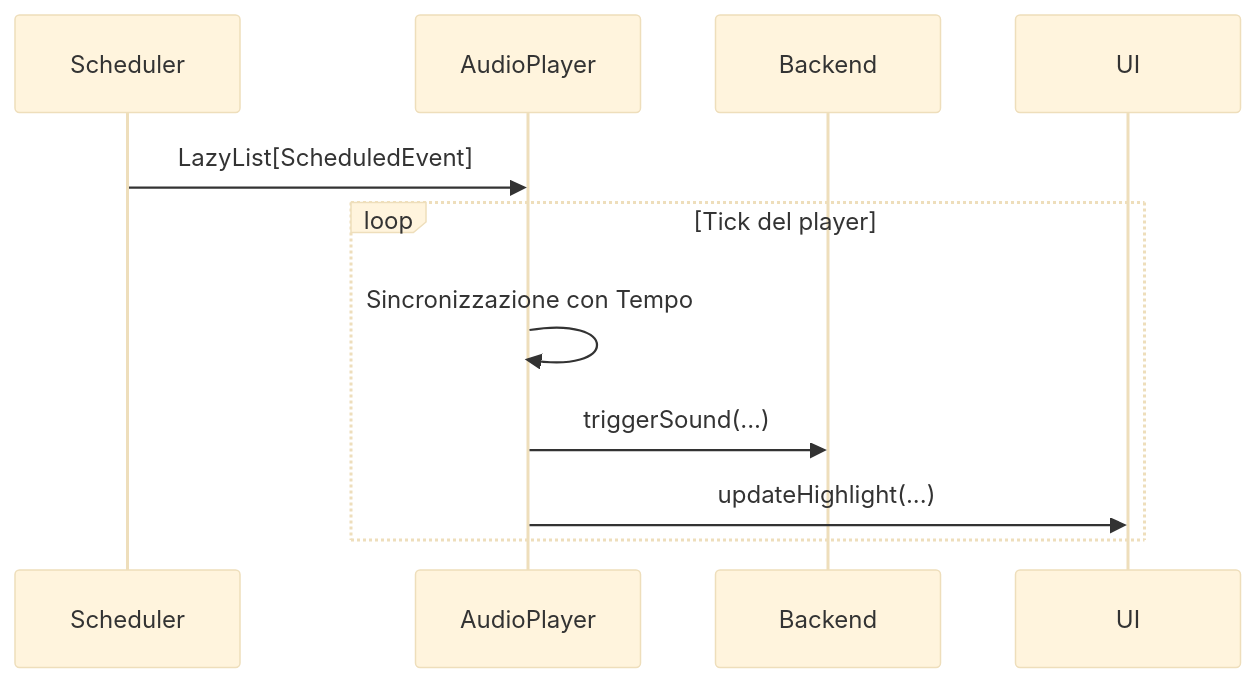
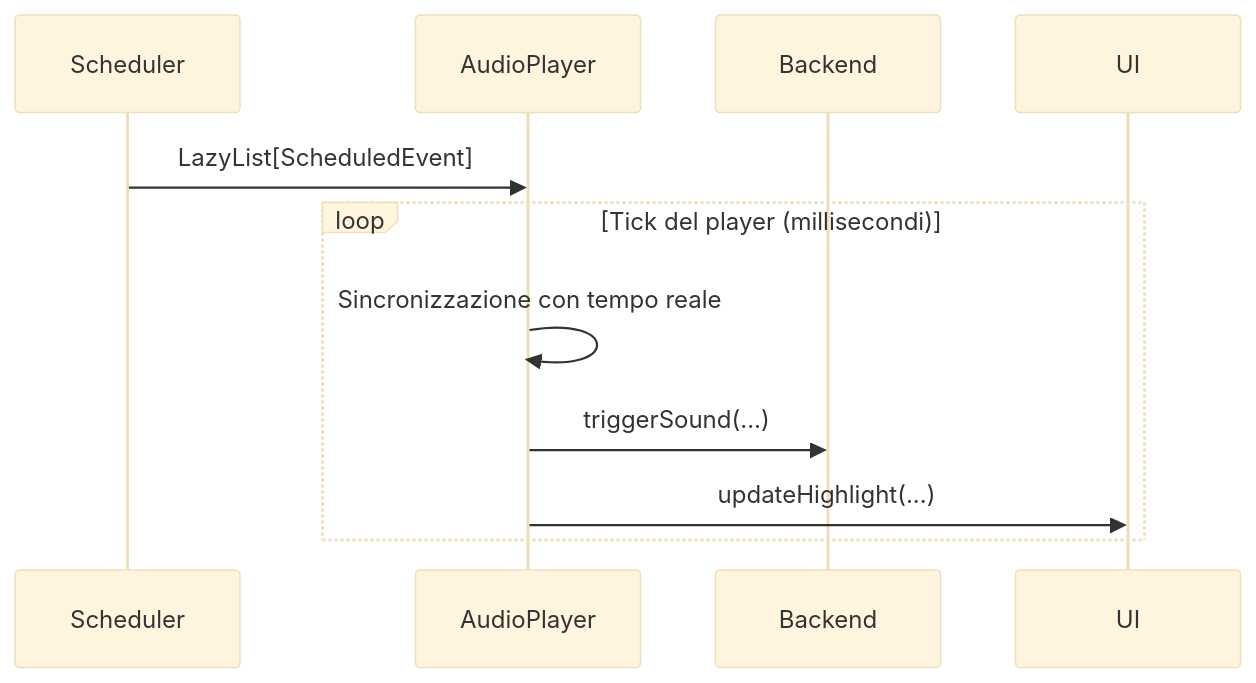
One commit to Morsu7/PPS-26-SoundCode changed the fourth of 7 diagrams in docs/05-design-di-dettaglio.md. Above: the diagram before and after it, drawn with Mermaid (base theme). The commit also changed other lines of this file and 2 other files, not shown here.

````diff
--- a/docs/05-design-di-dettaglio.md
+++ b/docs/05-design-di-dettaglio.md
@@ -555,20 +553,20 @@
 ```mermaid
 sequenceDiagram
 
 participant Scheduler
 participant AudioPlayer
 participant Backend
 participant UI
 
 Scheduler->>AudioPlayer: LazyList[ScheduledEvent]
 
-loop Tick del player
+loop Tick del player (millisecondi)
 
-AudioPlayer->>AudioPlayer: Sincronizzazione con Tempo
+AudioPlayer->>AudioPlayer: Sincronizzazione con tempo reale
 
 AudioPlayer->>Backend: triggerSound(...)
 
 AudioPlayer->>UI: updateHighlight(...)
 
 end
 ```
````
